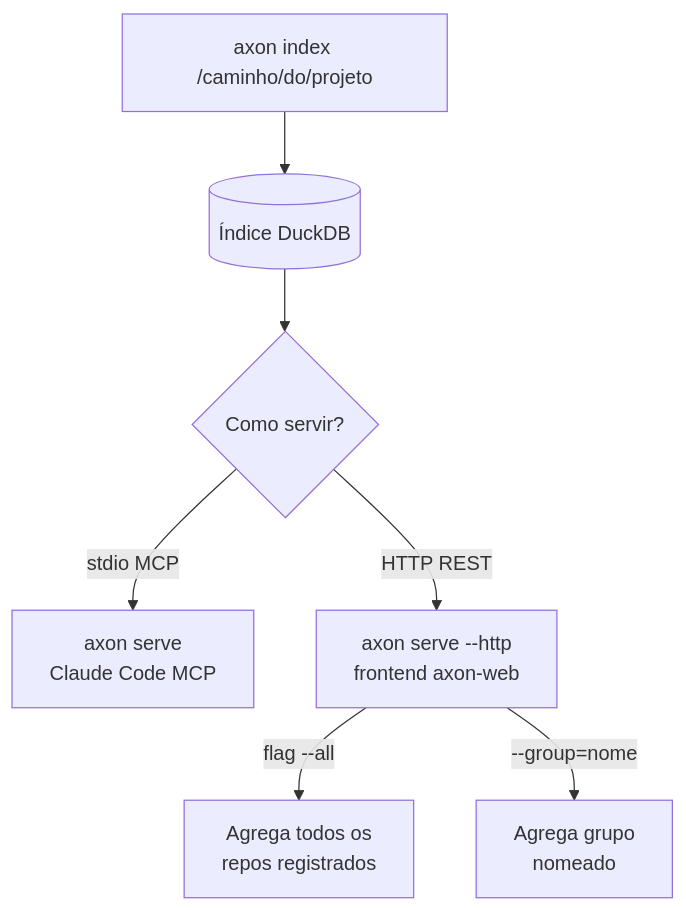
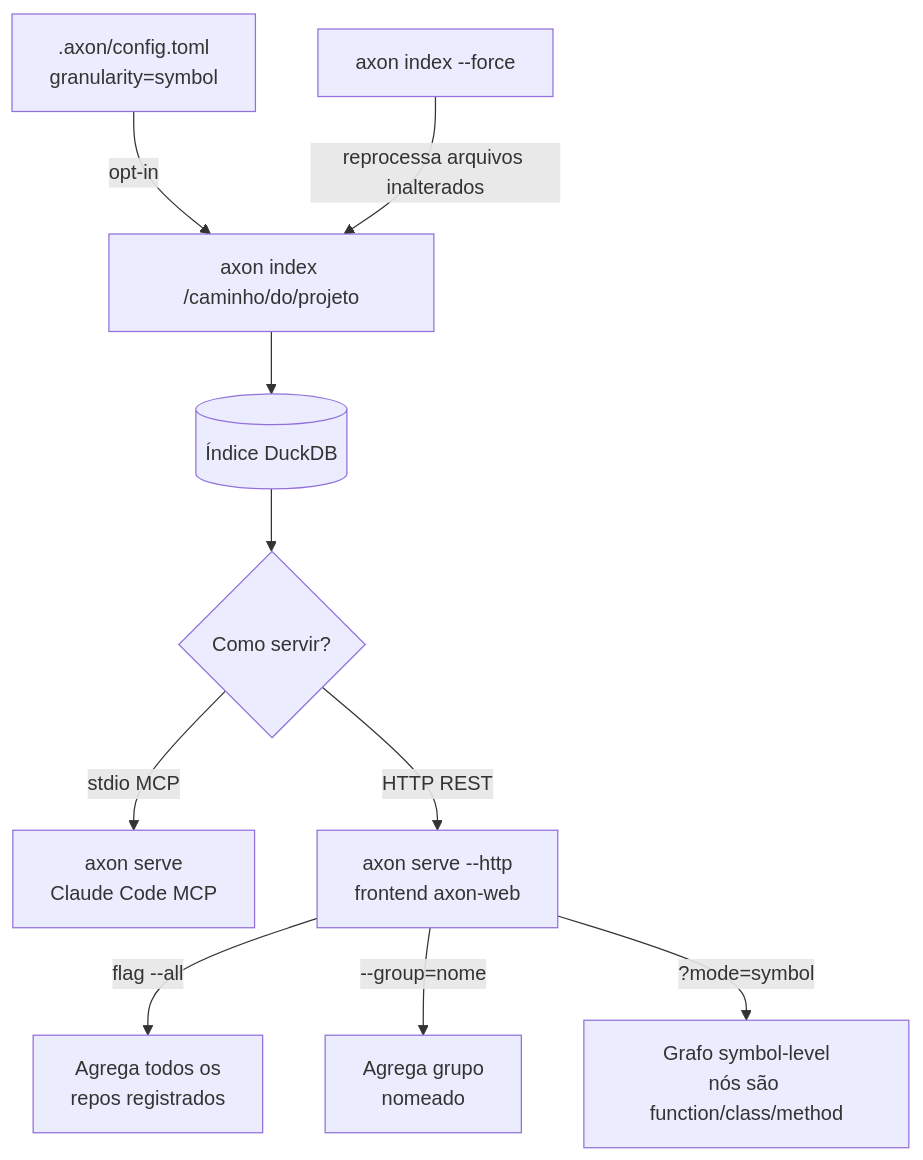
One commit to HideakiSolutions/axon changed the diagram in docs/pt-br/getting-started.md. Above: the diagram before and after it, drawn with Mermaid. The commit also changed other lines of this file and 4 other files, not shown here.

First line of the commit message:
docs: reflect symbol-mode HTTP, call graph extraction, --force flag

````diff
--- a/docs/pt-br/getting-started.md
+++ b/docs/pt-br/getting-started.md
@@ -9,9 +9,12 @@
 ```mermaid
 flowchart TD
     A[axon index /caminho/do/projeto] --> B[(Índice DuckDB)]
+    A2[.axon/config.toml<br/>granularity=symbol] -->|opt-in| A
+    A3[axon index --force] -->|reprocessa arquivos inalterados| A
     B --> C{Como servir?}
-    C -->|stdio MCP| D[axon serve\nClaude Code MCP]
-    C -->|HTTP REST| E[axon serve --http\nfrontend axon-web]
-    E -->|flag --all| F[Agrega todos os\nrepos registrados]
-    E -->|--group=nome| G[Agrega grupo\nnomeado]
+    C -->|stdio MCP| D[axon serve<br/>Claude Code MCP]
+    C -->|HTTP REST| E[axon serve --http<br/>frontend axon-web]
+    E -->|flag --all| F[Agrega todos os<br/>repos registrados]
+    E -->|--group=nome| G[Agrega grupo<br/>nomeado]
+    E -->|?mode=symbol| H[Grafo symbol-level<br/>nós são function/class/method]
 ```
````
